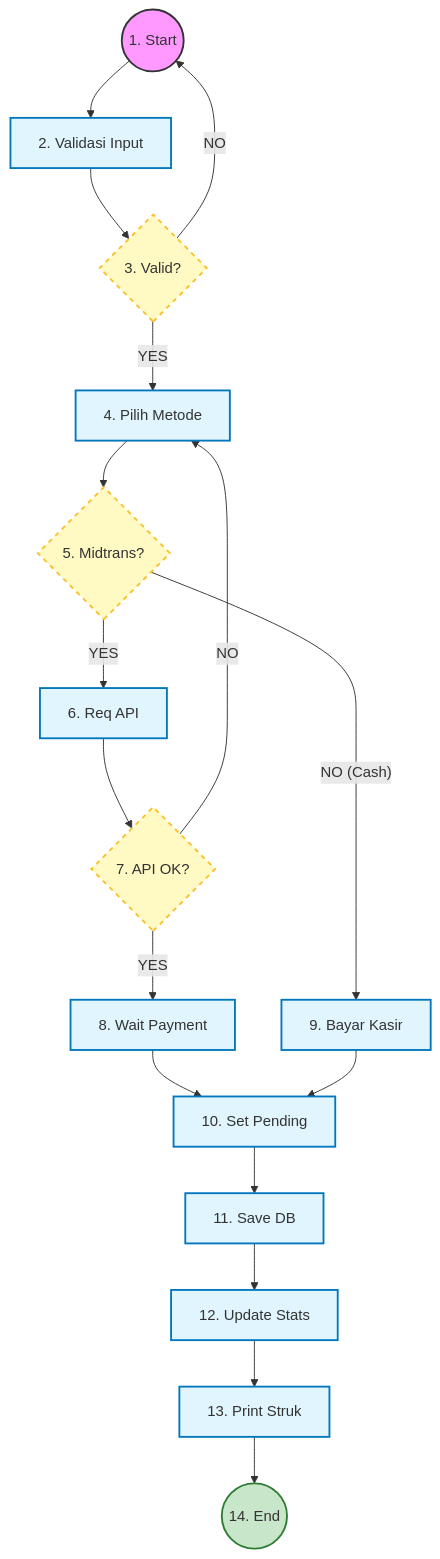
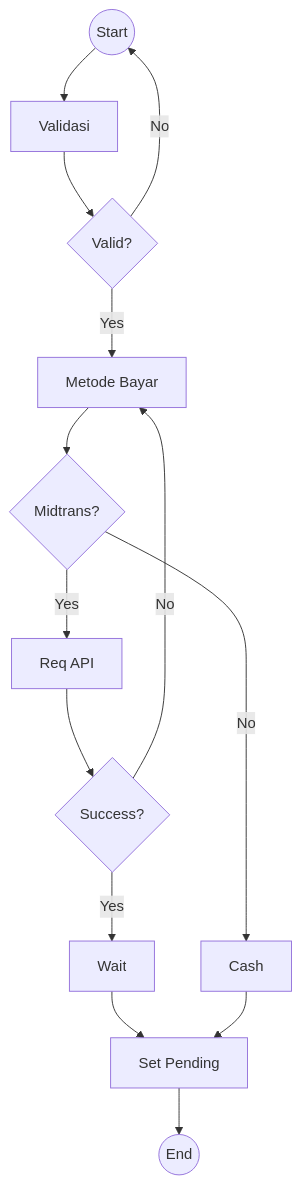
Before and after one commit to owel17/backend_restaurant: the sixth of 6 diagrams in LAPORAN_PRAKTIKUM_RPL.md, drawn with Mermaid. The commit also changed other lines of this file, not shown here.

````diff
--- a/LAPORAN_PRAKTIKUM_RPL.md
+++ b/LAPORAN_PRAKTIKUM_RPL.md
@@ -224,27 +368,20 @@
 ```mermaid
 graph TD
     classDef start fill:#f9f,stroke:#333,stroke-width:2px;
     classDef proc fill:#e1f5fe,stroke:#0277bd,stroke-width:2px;
-    classDef decision fill:#fff9c4,stroke:#fbc02d,stroke-width:2px,stroke-dasharray: 5 5;
-    classDef endnode fill:#c8e6c9,stroke:#2e7d32,stroke-width:2px;
+    classDef decision fill:#fff9c4,stroke:#fbc02d,stroke-width:2px;
 
-    1((1. Start)):::start --> 2[2. Validasi Input]:::proc
-    2 --> 3{3. Valid?}:::decision
-    3 -- NO --> 1
-    3 -- YES --> 4[4. Pilih Metode]:::proc
-    4 --> 5{5. Midtrans?}:::decision
-    
-    5 -- YES --> 6[6. Req API]:::proc
-    6 --> 7{7. API OK?}:::decision
-    7 -- NO --> 4
-    7 -- YES --> 8[8. Wait Payment]:::proc
-    8 --> 10[10. Set Pending]:::proc
-    
-    5 -- NO (Cash) --> 9[9. Bayar Kasir]:::proc
+    1((Start)) --> 2[Validasi]
+    2 --> 3{Valid?}
+    3 -- No --> 1
+    3 -- Yes --> 4[Metode Bayar]
+    4 --> 5{Midtrans?}
+    5 -- Yes --> 6[Req API]
+    5 -- No --> 9[Cash]
+    6 --> 7{Success?}
+    7 -- Yes --> 8[Wait]
+    7 -- No --> 4
+    8 --> 10[Set Pending]
     9 --> 10
-    
-    10 --> 11[11. Save DB]:::proc
-    11 --> 12[12. Update Stats]:::proc
-    12 --> 13[13. Print Struk]:::proc
-    13 --> 14((14. End)):::endnode
+    10 --> 11((End))
 ```
````
